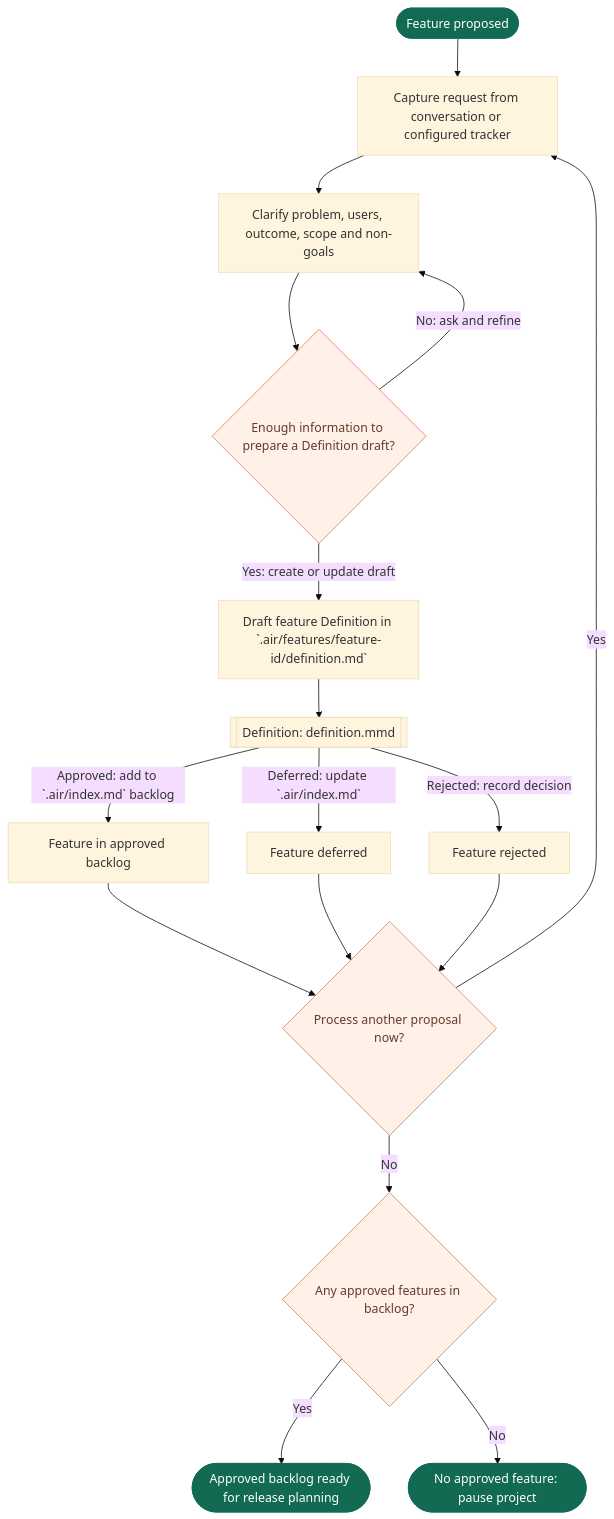
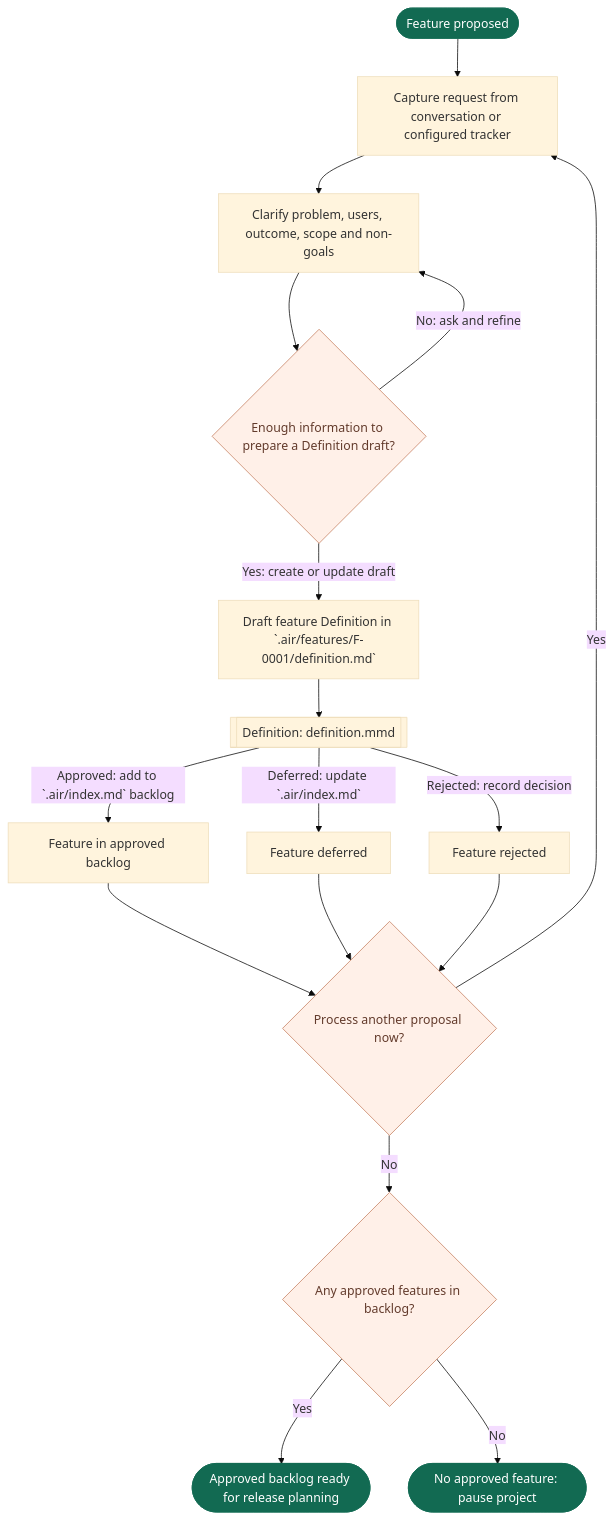
The diagram in docs/airflow/flows/feature-intake.mmd (vanlangenlabs/vanlangenlabs-site), drawn with Mermaid (base theme) before and after one commit. The commit also changed 11 other files, not shown here.

Commit message:
feat(airflow): define lifecycle contract and phase context

```diff
--- a/docs/airflow/flows/feature-intake.mmd
+++ b/docs/airflow/flows/feature-intake.mmd
@@ -1,22 +1,32 @@
 flowchart TD
     start([Feature proposed]) --> capture[Capture request from conversation or configured tracker]
+%% @airflow-context capture
+%% Accept a feature proposal from the conversation or the configured GitHub/GitLab
+%% tracker. The tracker is optional. Do not start implementation or select a
+%% release during intake.
+%% @end-airflow-context
     capture --> clarify[Clarify problem, users, outcome, scope and non-goals]
+%% @airflow-context clarify
+%% Ask only for information needed to write a useful Definition: affected users,
+%% problem, expected outcome/value, scope and non-goals. Do not infer missing
+%% requirements. Keep this proposal under one stable feature ID in `.air/`.
+%% @end-airflow-context
     clarify --> ready{Enough information to prepare a Definition draft?}
     ready -- No: ask and refine --> clarify
-    ready -- Yes: create or update draft --> draft[Draft feature Definition in `.air/features/feature-id/definition.md`]
+    ready -- Yes: create or update draft --> draft[Draft feature Definition in `.air/features/F-0001/definition.md`]
     draft --> definition[["Definition: definition.mmd"]]
     definition -- Approved: add to `.air/index.md` backlog --> backlog[Feature in approved backlog]
     definition -- Deferred: update `.air/index.md` --> deferred[Feature deferred]
     definition -- Rejected: record decision --> rejected[Feature rejected]
     backlog --> another{Process another proposal now?}
     deferred --> another
     rejected --> another
     another -- Yes --> capture
     another -- No --> anyApproved{Any approved features in backlog?}
     anyApproved -- Yes --> intakeReady([Approved backlog ready for release planning])
     anyApproved -- No --> noApproved([No approved feature: pause project])
 
     classDef boundary fill:#126a52,color:#ffffff,stroke:#126a52
     class start,intakeReady,noApproved boundary
     classDef approval fill:#fff0e8,color:#633b2c,stroke:#c68162
     class ready,another,anyApproved approval
```
